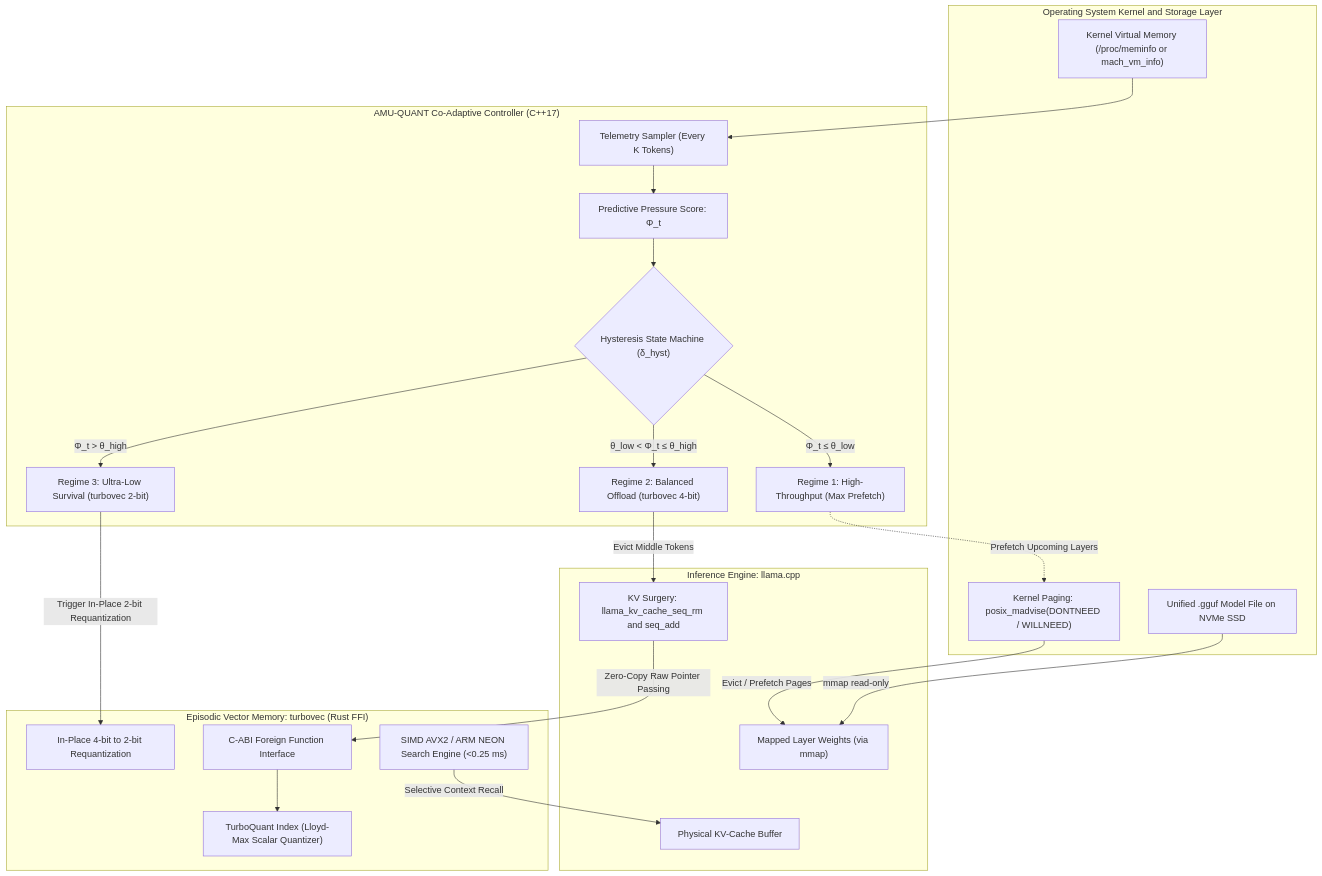
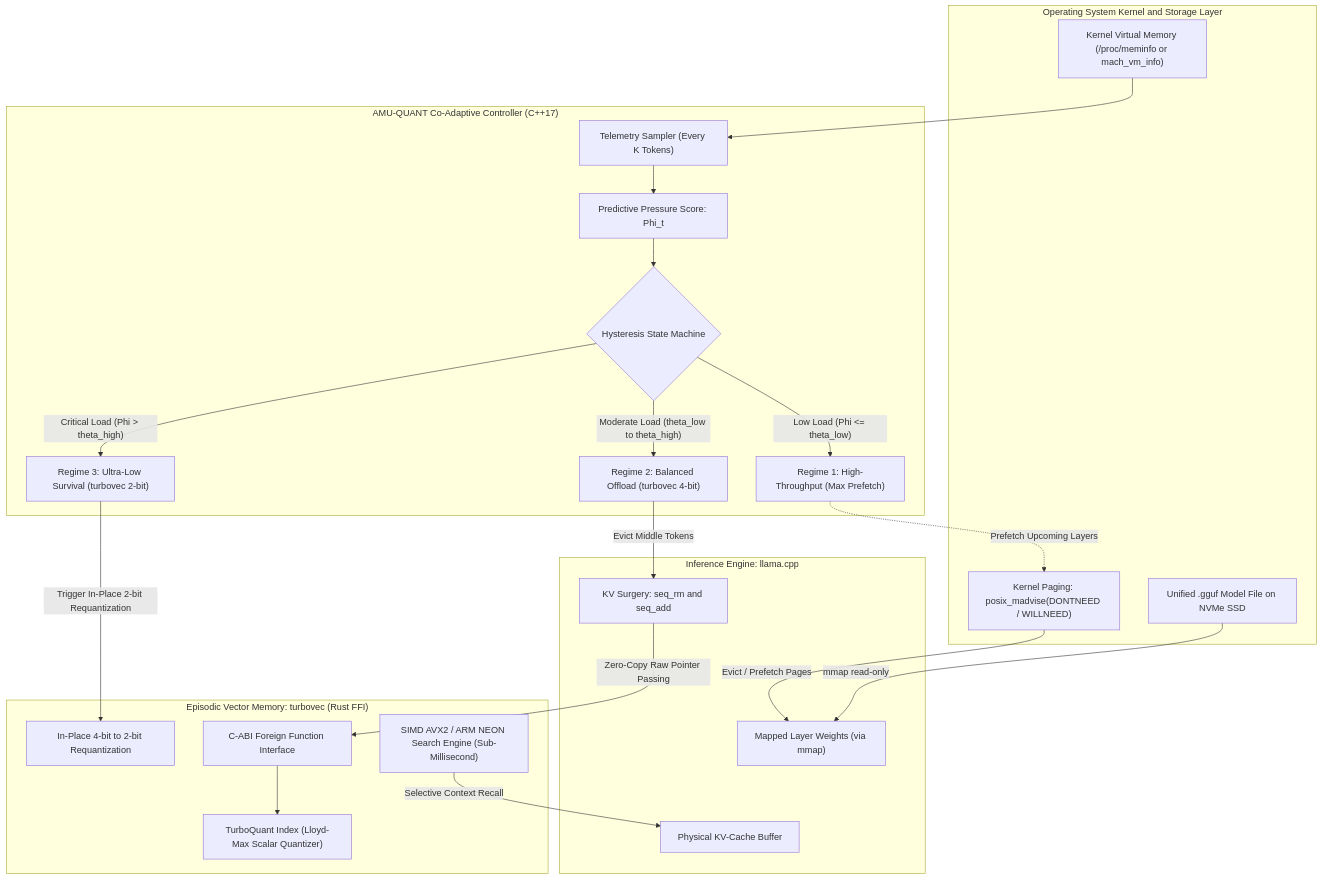
Before and after one commit to ridwanmubarok/amuquant: the diagram in README.md, drawn with Mermaid. The commit also changed other lines of this file, not shown here.

Commit message:
docs: resolve KaTeX and Mermaid syntax rendering issues and add multi-scenario benchmark charts

````diff
--- a/README.md
+++ b/README.md
@@ -106,47 +117,47 @@
 ```mermaid
 flowchart TD
-    subgraph OS_Layer ["Operating System Kernel and Storage Layer"]
+    subgraph OS_Layer["Operating System Kernel and Storage Layer"]
         OS_Mem["Kernel Virtual Memory (/proc/meminfo or mach_vm_info)"]
         Sys_Madvise["Kernel Paging: posix_madvise(DONTNEED / WILLNEED)"]
         GGUF_File["Unified .gguf Model File on NVMe SSD"]
     end
 
-    subgraph AMUQuant_Controller ["AMU-QUANT Co-Adaptive Controller (C++17)"]
+    subgraph AMUQuant_Controller["AMU-QUANT Co-Adaptive Controller (C++17)"]
         TelemetrySampler["Telemetry Sampler (Every K Tokens)"]
-        PredictiveScore["Predictive Pressure Score: Φ_t"]
-        RegimeMachine{"Hysteresis State Machine (δ_hyst)"}
+        PredictiveScore["Predictive Pressure Score: Phi_t"]
+        RegimeMachine{"Hysteresis State Machine"}
         R1["Regime 1: High-Throughput (Max Prefetch)"]
         R2["Regime 2: Balanced Offload (turbovec 4-bit)"]
         R3["Regime 3: Ultra-Low Survival (turbovec 2-bit)"]
     end
 
-    subgraph Llama_Engine ["Inference Engine: llama.cpp"]
+    subgraph Llama_Engine["Inference Engine: llama.cpp"]
         WeightRegistry["Mapped Layer Weights (via mmap)"]
         KVCache["Physical KV-Cache Buffer"]
-        KVSurgery["KV Surgery: llama_kv_cache_seq_rm and seq_add"]
+        KVSurgery["KV Surgery: seq_rm and seq_add"]
     end
 
-    subgraph Turbovec_FFI ["Episodic Vector Memory: turbovec (Rust FFI)"]
+    subgraph Turbovec_FFI["Episodic Vector Memory: turbovec (Rust FFI)"]
         FFI_Layer["C-ABI Foreign Function Interface"]
         TurboQuantIndex["TurboQuant Index (Lloyd-Max Scalar Quantizer)"]
         Requantizer["In-Place 4-bit to 2-bit Requantization"]
-        SIMDSearch["SIMD AVX2 / ARM NEON Search Engine (<0.25 ms)"]
+        SIMDSearch["SIMD AVX2 / ARM NEON Search Engine (Sub-Millisecond)"]
     end
 
     OS_Mem --> TelemetrySampler
     TelemetrySampler --> PredictiveScore
     PredictiveScore --> RegimeMachine
-    RegimeMachine -->|Φ_t ≤ θ_low| R1
-    RegimeMachine -->|θ_low < Φ_t ≤ θ_high| R2
-    RegimeMachine -->|Φ_t > θ_high| R3
+    RegimeMachine -->|"Low Load (Phi <= theta_low)"| R1
+    RegimeMachine -->|"Moderate Load (theta_low to theta_high)"| R2
+    RegimeMachine -->|"Critical Load (Phi > theta_high)"| R3
 
-    R1 -.->|Prefetch Upcoming Layers| Sys_Madvise
-    R2 -->|Evict Middle Tokens| KVSurgery
-    R3 -->|Trigger In-Place 2-bit Requantization| Requantizer
+    R1 -.->|"Prefetch Upcoming Layers"| Sys_Madvise
+    R2 -->|"Evict Middle Tokens"| KVSurgery
+    R3 -->|"Trigger In-Place 2-bit Requantization"| Requantizer
 
-    GGUF_File -->|mmap read-only| WeightRegistry
-    Sys_Madvise -->|Evict / Prefetch Pages| WeightRegistry
-    KVSurgery -->|Zero-Copy Raw Pointer Passing| FFI_Layer
+    GGUF_File -->|"mmap read-only"| WeightRegistry
+    Sys_Madvise -->|"Evict / Prefetch Pages"| WeightRegistry
+    KVSurgery -->|"Zero-Copy Raw Pointer Passing"| FFI_Layer
     FFI_Layer --> TurboQuantIndex
-    SIMDSearch -->|Selective Context Recall| KVCache
+    SIMDSearch -->|"Selective Context Recall"| KVCache
 ```
````
